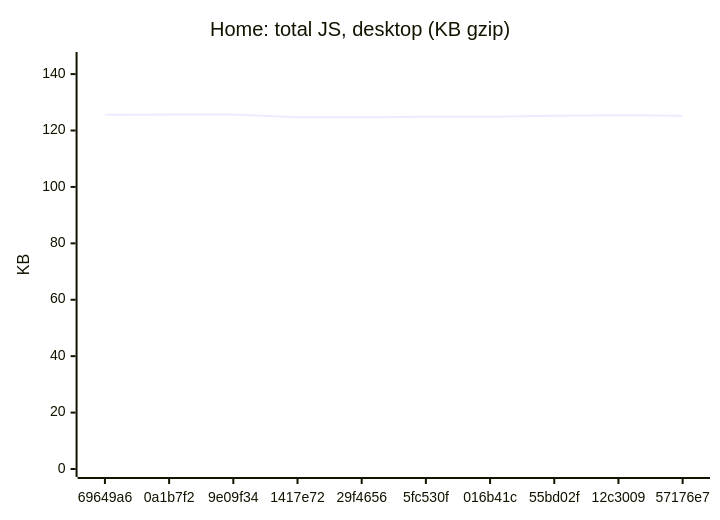
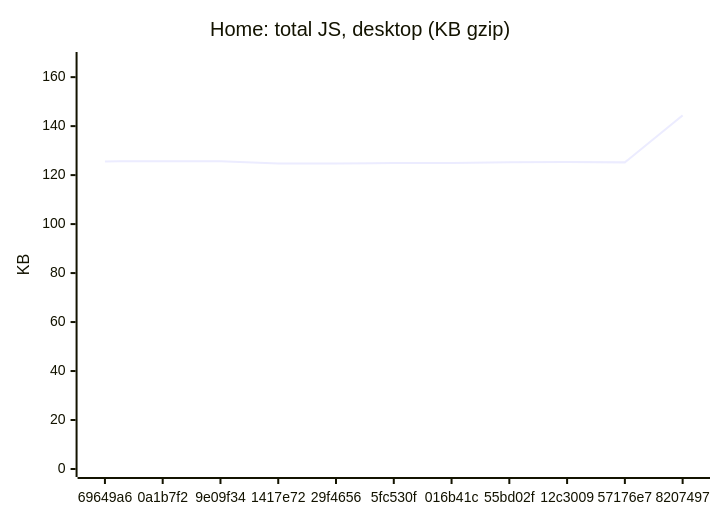
The first of 18 diagrams in README.md (AxelUser/maltsev.space), drawn with Mermaid before and after one commit. The commit also changed other lines of this file and 1 other file, not shown here.

````diff
--- a/README.md
+++ b/README.md
@@ -35,7 +35,7 @@
 ```mermaid
 xychart-beta
   title "Home: total JS, desktop (KB gzip)"
-  x-axis ["69649a6", "0a1b7f2", "9e09f34", "1417e72", "29f4656", "5fc530f", "016b41c", "55bd02f", "12c3009", "57176e7"]
-  y-axis "KB" 0 --> 145
-  line [125.6, 125.7, 125.7, 124.7, 124.7, 124.9, 124.9, 125.2, 125.4, 125.2]
+  x-axis ["69649a6", "0a1b7f2", "9e09f34", "1417e72", "29f4656", "5fc530f", "016b41c", "55bd02f", "12c3009", "57176e7", "8207497"]
+  y-axis "KB" 0 --> 167
+  line [125.6, 125.7, 125.7, 124.7, 124.7, 124.9, 124.9, 125.2, 125.4, 125.2, 144.4]
 ```
````
